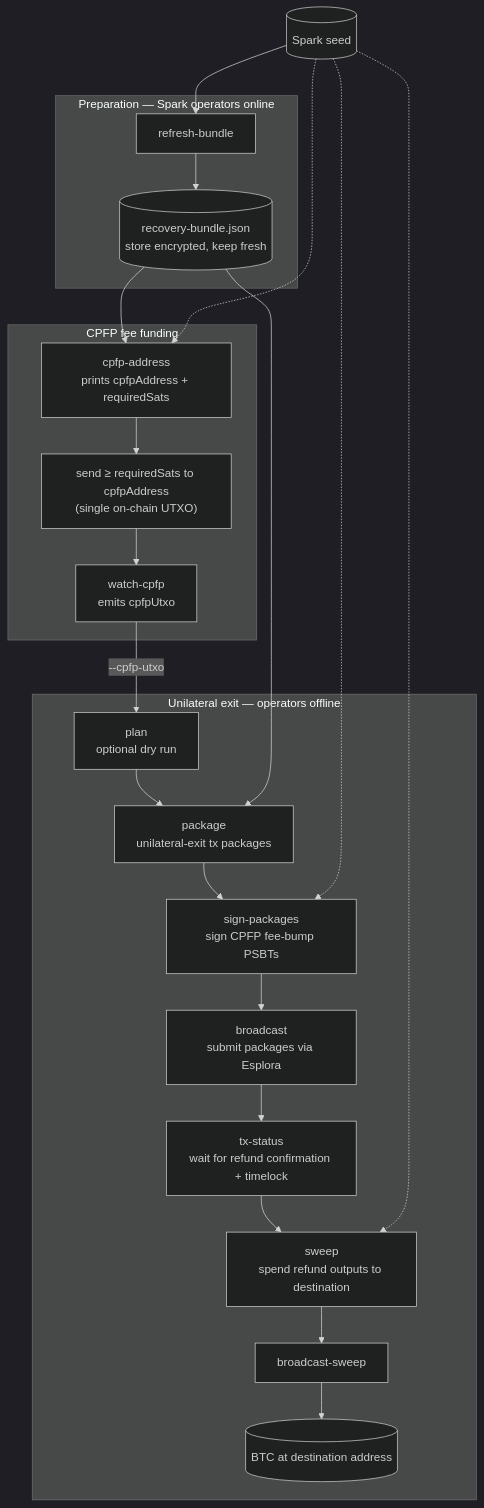
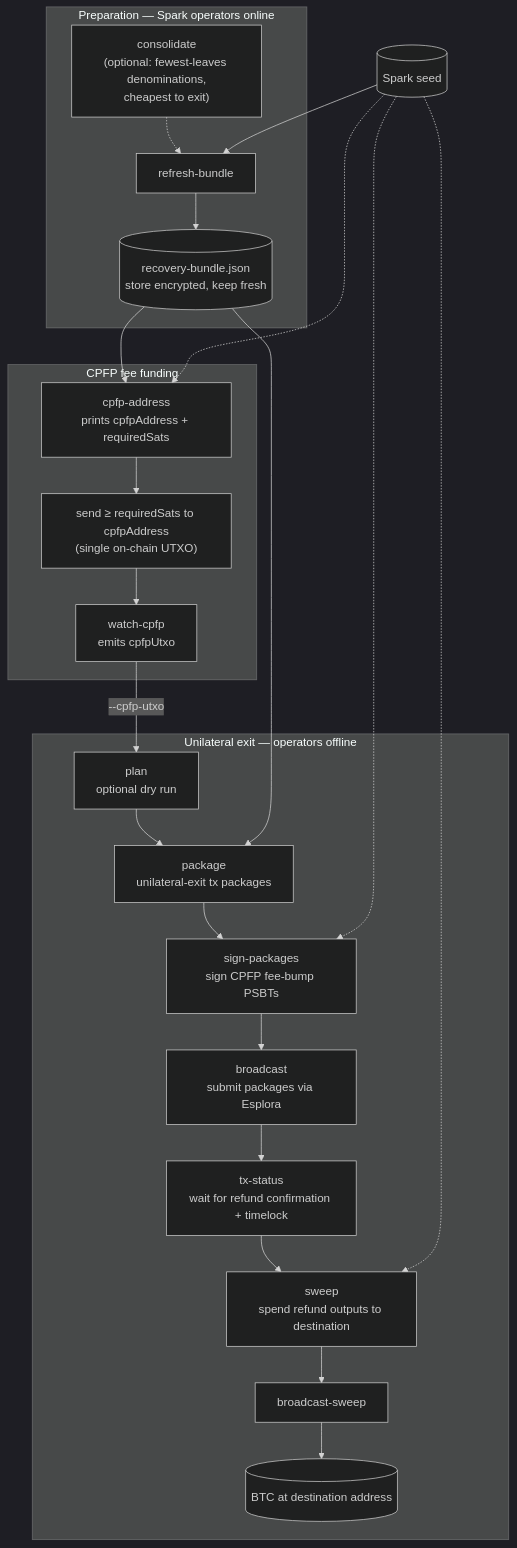
One commit to blinkbitcoin/spark-unilateral-exit changed the diagram in README.md. Above: the diagram before and after it, drawn with Mermaid (dark theme). The commit also changed other lines of this file and 13 other files, not shown here.

Commit message:
feat: consolidate leaves via SSP swaps to cut uneconomical exits (#11)

````diff
--- a/README.md
+++ b/README.md
@@ -58,37 +59,39 @@
 ```mermaid
 flowchart TD
     seed[("Spark seed")]
 
     subgraph prep["Preparation — Spark operators online"]
+        consolidate["consolidate<br/>(optional: fewest-leaves denominations,<br/>cheapest to exit)"]
         refresh["refresh-bundle"]
         bundle[("recovery-bundle.json<br/>store encrypted, keep fresh")]
+        consolidate -.-> refresh
         refresh --> bundle
     end
 
     subgraph funding["CPFP fee funding"]
         addr["cpfp-address<br/>prints cpfpAddress + requiredSats"]
         send["send ≥ requiredSats to cpfpAddress<br/>(single on-chain UTXO)"]
         watch["watch-cpfp<br/>emits cpfpUtxo"]
         addr --> send --> watch
     end
 
     subgraph exit["Unilateral exit — operators offline"]
         plan["plan<br/>optional dry run"]
         pkg["package<br/>unilateral-exit tx packages"]
         sign["sign-packages<br/>sign CPFP fee-bump PSBTs"]
         bcast["broadcast<br/>submit packages via Esplora"]
         status["tx-status<br/>wait for refund confirmation + timelock"]
         sweep["sweep<br/>spend refund outputs to destination"]
         bsweep["broadcast-sweep"]
         done[("BTC at destination address")]
         plan --> pkg --> sign --> bcast --> status --> sweep --> bsweep --> done
     end
 
     seed --> refresh
     bundle --> addr
     bundle --> pkg
     watch -- "--cpfp-utxo" --> plan
     seed -.-> addr
     seed -.-> sign
     seed -.-> sweep
 ```
````
